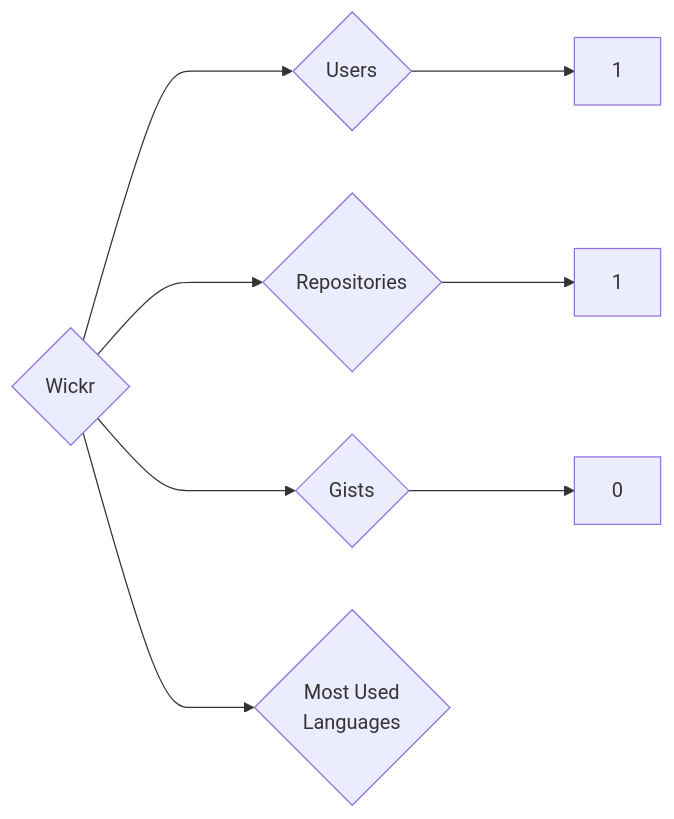
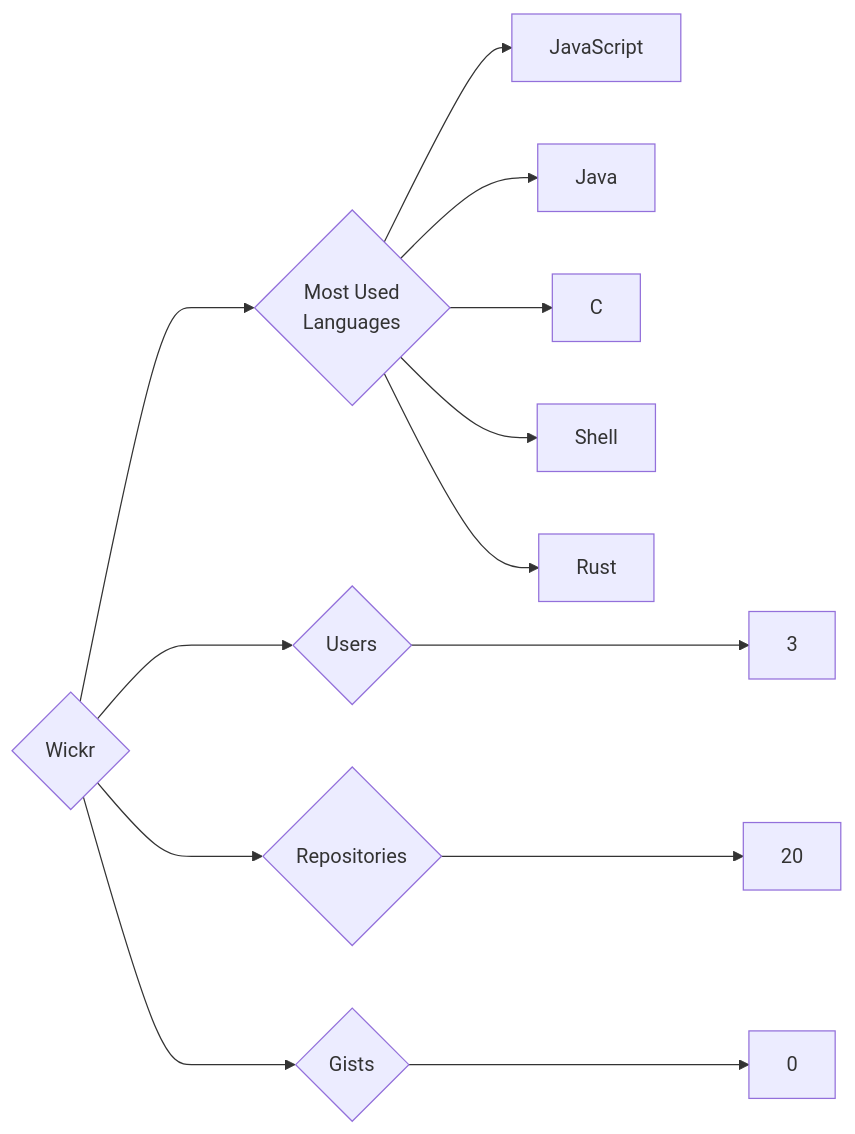
The diagram in targets/Wickr/README.md (trickest/insiders), drawn with Mermaid before and after one commit. The commit also changed 953 other files, not shown here.

````diff
--- a/targets/Wickr/README.md
+++ b/targets/Wickr/README.md
@@ -3,8 +3,13 @@
 ```mermaid
 graph LR
 COMPANY_NAME{Wickr}
-COMPANY_NAME ---> U{Users} ---> UN[1]
-COMPANY_NAME ---> R{Repositories} ---> RN[1]
+COMPANY_NAME ---> U{Users} ---> UN[3]
+COMPANY_NAME ---> R{Repositories} ---> RN[20]
 COMPANY_NAME ---> G{Gists} ---> GN[0]
 COMPANY_NAME ---> ML{Most Used<br>Languages}
+ML --> JavaScript[JavaScript]
+ML --> Java[Java]
+ML --> C[C]
+ML --> Shell[Shell]
+ML --> Rust[Rust]
 ```
````
